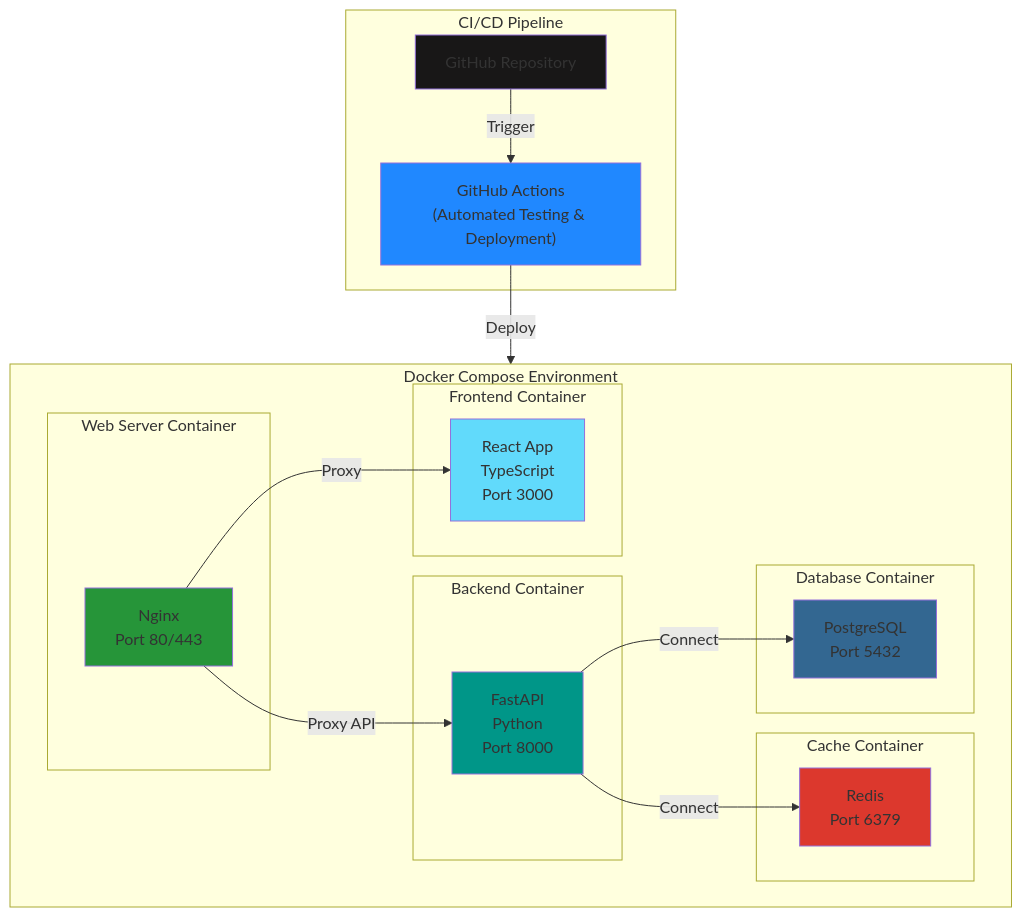
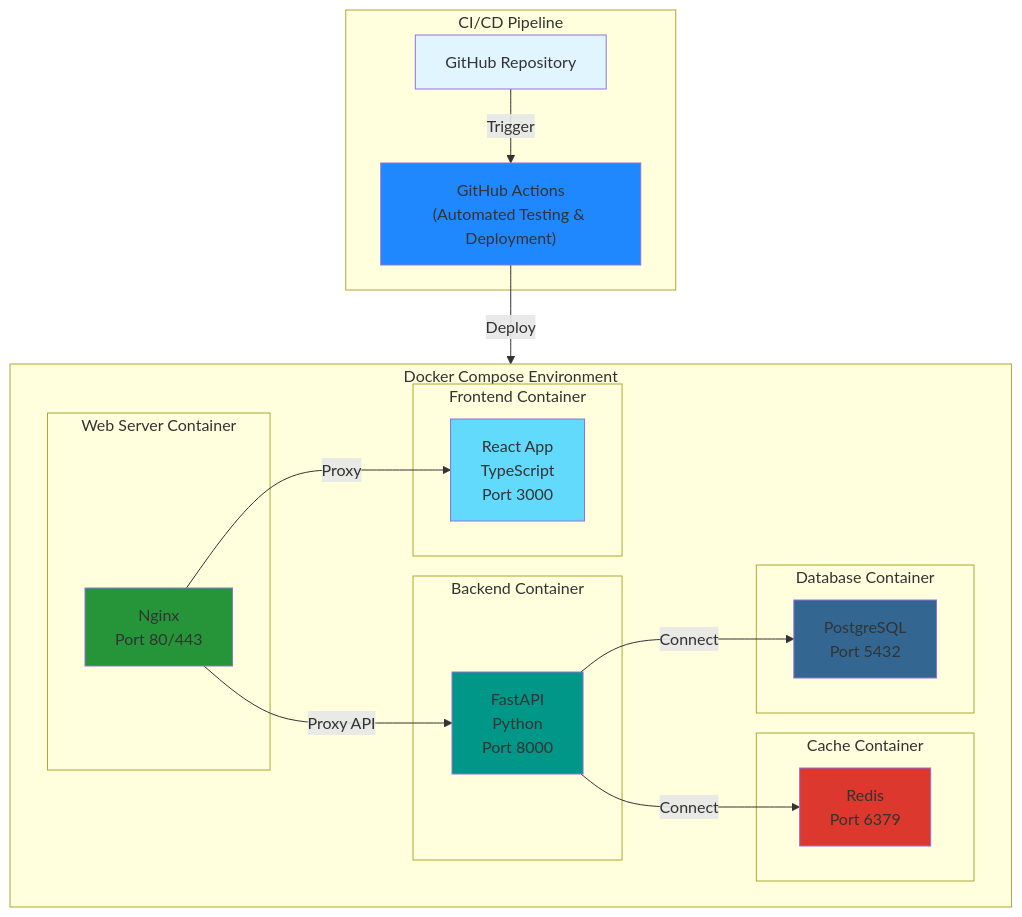
One commit to loicleguen/Portfolio-Project changed the second of 3 diagrams in README.md. Above: the diagram before and after it, drawn with Mermaid.

Commit message:
Update README.md to change GitHub style color for improved visibility

````diff
--- a/README.md
+++ b/README.md
@@ -236,45 +236,45 @@
 ```mermaid
 graph TB
     subgraph Docker["Docker Compose Environment"]
         subgraph Frontend["Frontend Container"]
             ReactApp["React App<br/>TypeScript<br/>Port 3000"]
         end
         
         subgraph Backend["Backend Container"]
             FastAPIApp["FastAPI<br/>Python<br/>Port 8000"]
         end
         
         subgraph Database["Database Container"]
             PostgreSQLDB["PostgreSQL<br/>Port 5432"]
         end
         
         subgraph Cache["Cache Container"]
             RedisCache["Redis<br/>Port 6379"]
         end
         
         subgraph WebServer["Web Server Container"]
             NginxServer["Nginx<br/>Port 80/443"]
         end
     end
     
     subgraph CICD["CI/CD Pipeline"]
         GitHub["GitHub Repository"]
         Actions["GitHub Actions<br/>(Automated Testing & Deployment)"]
     end
     
     NginxServer -->|Proxy| ReactApp
     NginxServer -->|Proxy API| FastAPIApp
     FastAPIApp -->|Connect| PostgreSQLDB
     FastAPIApp -->|Connect| RedisCache
     
     GitHub -->|Trigger| Actions
     Actions -->|Deploy| Docker
     
     style ReactApp fill:#61dafb
     style FastAPIApp fill:#009688
     style PostgreSQLDB fill:#336791
     style RedisCache fill:#dc382d
     style NginxServer fill:#269539
-    style GitHub fill:#181717
+    style GitHub fill:#e1f5ff
     style Actions fill:#2088ff
 ```
````
